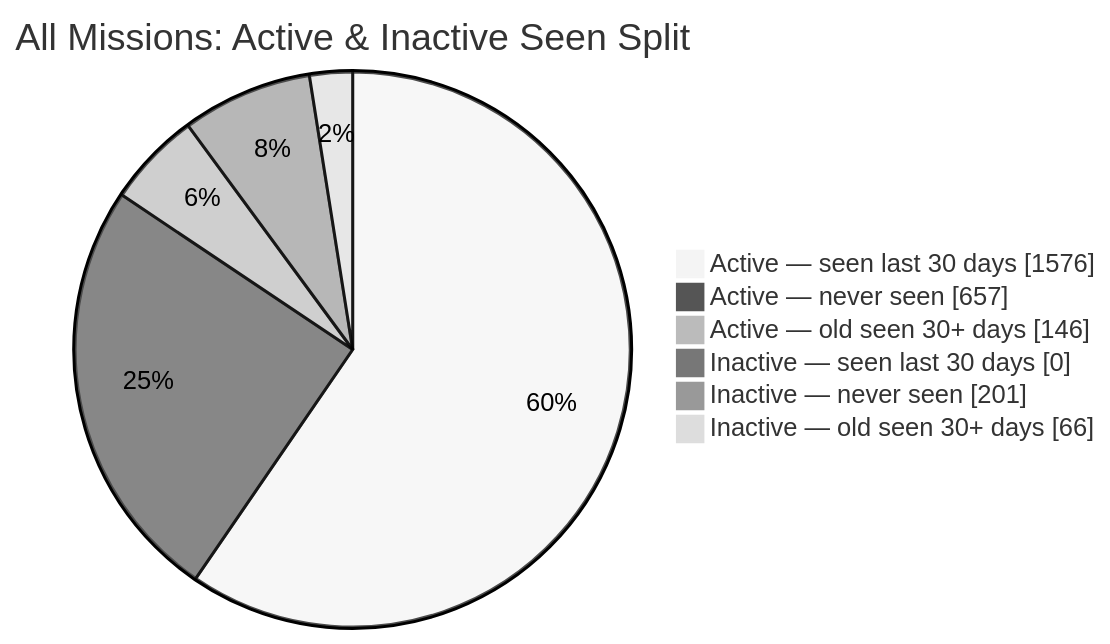
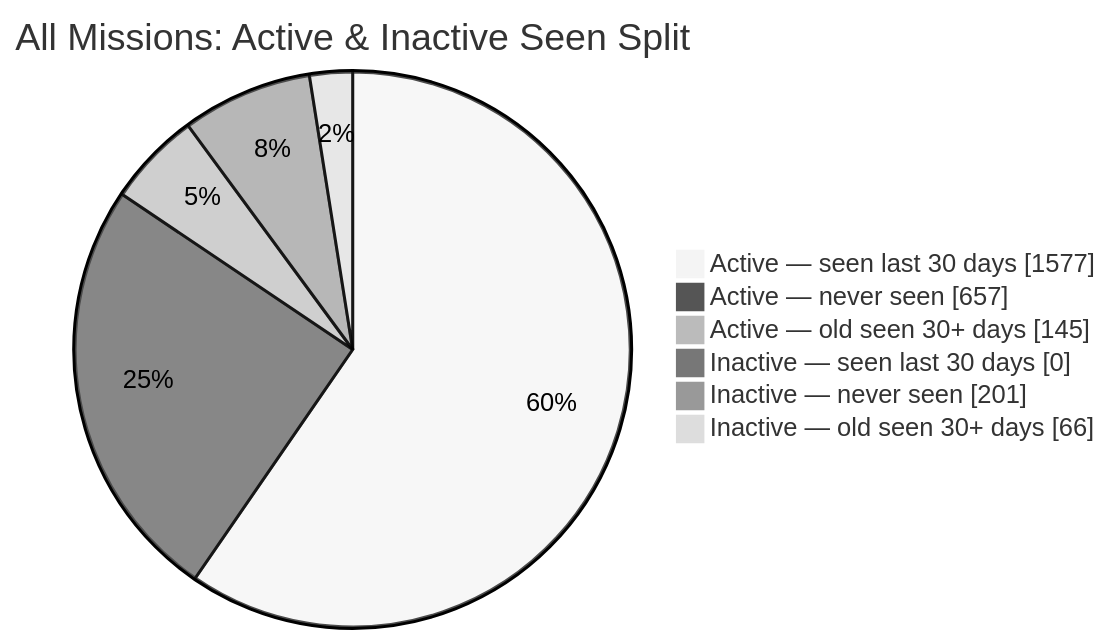
One commit to MeldkamerspelGameTeam/active-missions changed the second of 2 diagrams in README.md. Above: the diagram before and after it, drawn with Mermaid (neutral theme). The commit also changed other lines of this file and 2 other files, not shown here.

````diff
--- a/README.md
+++ b/README.md
@@ -44,10 +44,10 @@
 ```mermaid
 pie showData
     title All Missions: Active & Inactive Seen Split
-    "Active — seen last 30 days" : 1576
+    "Active — seen last 30 days" : 1577
     "Active — never seen" : 657
-    "Active — old seen 30+ days" : 146
+    "Active — old seen 30+ days" : 145
     "Inactive — seen last 30 days" : 0
     "Inactive — never seen" : 201
     "Inactive — old seen 30+ days" : 66
 ```
````
